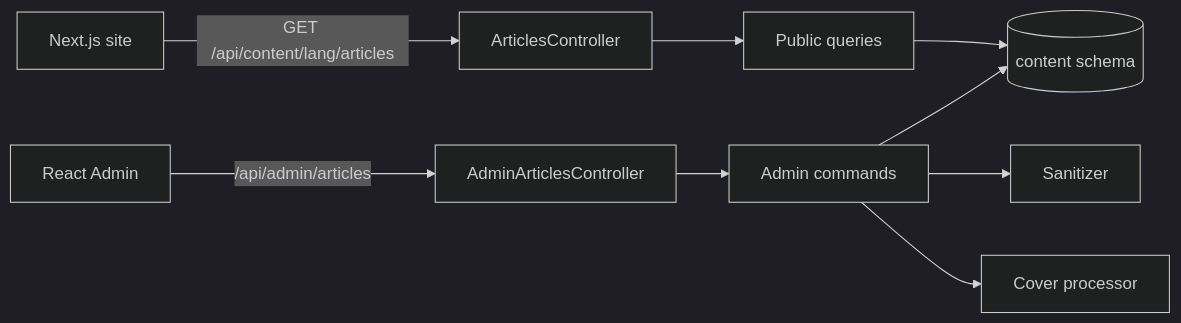
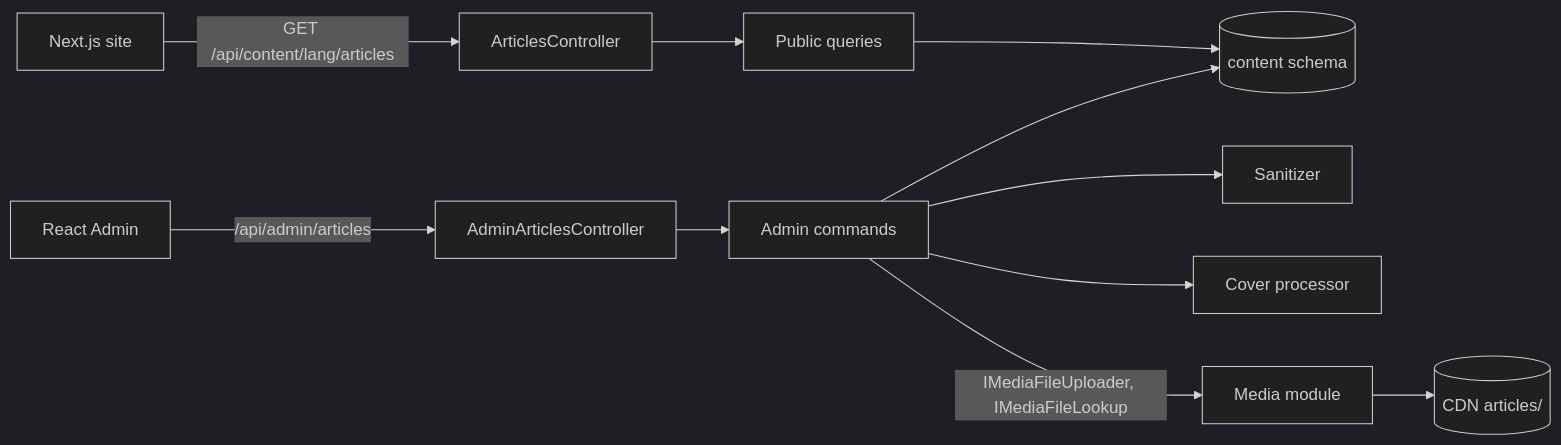
Before and after one commit to Weretik/KedrStore: the diagram in docs/sdd/features/content/articles.md, drawn with Mermaid (dark theme). The commit also changed other lines of this file and 45 other files, not shown here.

````diff
--- a/docs/sdd/features/content/articles.md
+++ b/docs/sdd/features/content/articles.md
@@ -45,8 +46,9 @@
 ```mermaid
 flowchart LR
     Site[Next.js site] -->|GET /api/content/lang/articles| Public[ArticlesController]
     Admin[React Admin] -->|/api/admin/articles| AdminApi[AdminArticlesController]
     Public --> Q[Public queries] --> Db[(content schema)]
     AdminApi --> C[Admin commands] --> San[Sanitizer] & Img[Cover processor]
     C --> Db
+    C -->|IMediaFileUploader, IMediaFileLookup| Media[Media module] --> Cdn[(CDN articles/)]
 ```
````
